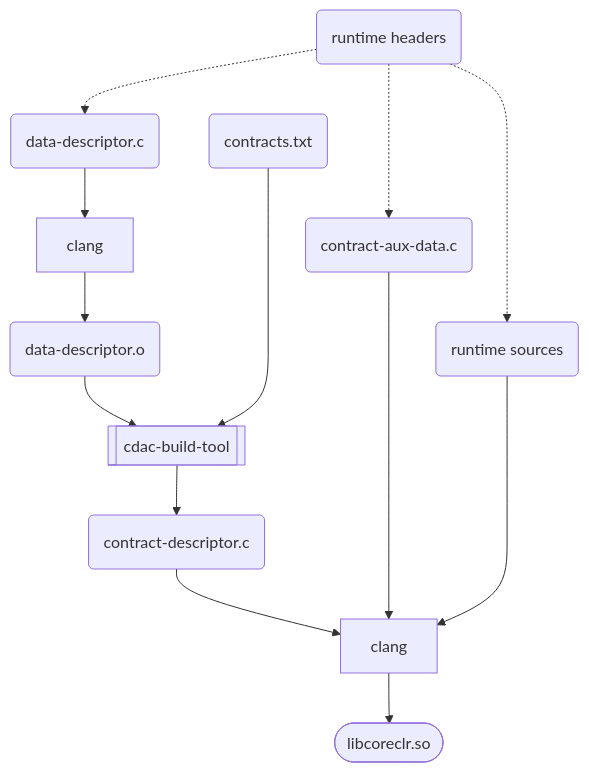
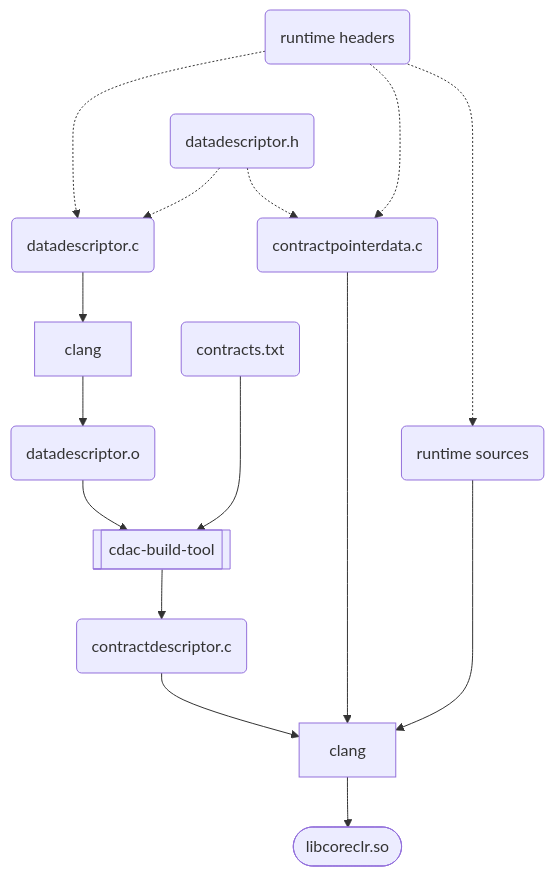
The diagram in src/coreclr/tools/cdac-build-tool/README.md (dotnet/runtime), drawn with Mermaid before and after one commit. The commit also changed other lines of this file, not shown here.

````diff
--- a/src/coreclr/tools/cdac-build-tool/README.md
+++ b/src/coreclr/tools/cdac-build-tool/README.md
@@ -30,24 +33,27 @@
 ```mermaid
 flowchart TB
   headers("runtime headers")
-  data_src("data-descriptor.c")
+  data_header("datadescriptor.h")
+  data_src("datadescriptor.c")
   compile_data["clang"]
-  data_obj("data-descriptor.o")
+  data_obj("datadescriptor.o")
   contracts("contracts.txt")
-  globals("contract-aux-data.c")
+  globals("contractpointerdata.c")
   build[["cdac-build-tool"]]
-  descriptor_src("contract-descriptor.c")
+  descriptor_src("contractdescriptor.c")
   vm("runtime sources")
   compile_runtime["clang"]
   runtime_lib(["libcoreclr.so"])
 
   headers -.-> data_src
+  headers ~~~ data_header
+  data_header -.-> data_src
   headers -.-> globals
   headers -.-> vm
   data_src --> compile_data --> data_obj --> build
-  contracts ----> build
+  contracts ---> build
   build --> descriptor_src
   descriptor_src --> compile_runtime
-  globals -----> compile_runtime
+  data_header -.-> globals ----> compile_runtime
   vm ----> compile_runtime --> runtime_lib
 ```
````
